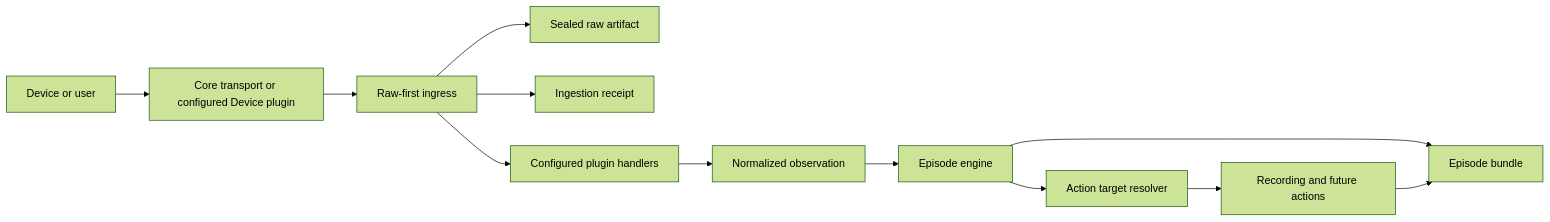
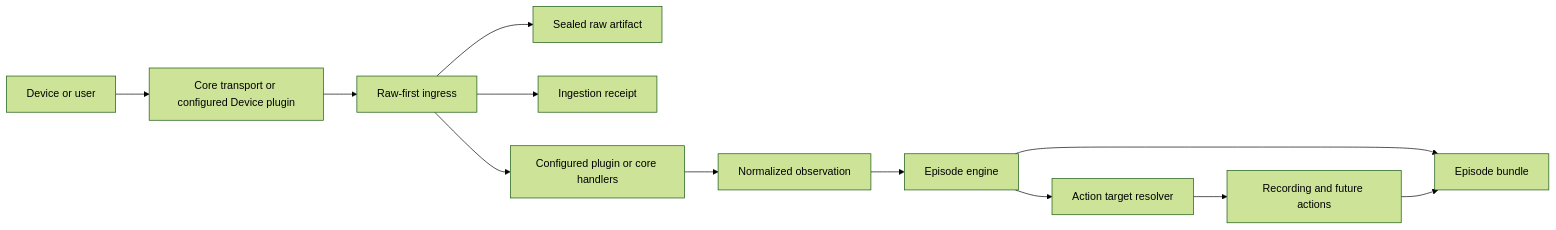
Before and after one commit to OpenEpisode/episode: the diagram in docs/ARCHITECTURE.md, drawn with Mermaid (forest theme). The commit also changed other lines of this file and 26 other files, not shown here.

````diff
--- a/docs/ARCHITECTURE.md
+++ b/docs/ARCHITECTURE.md
@@ -10,14 +10,14 @@
 ```mermaid
 flowchart LR
     Device[Device or user] --> Transport[Core transport or configured Device plugin]
     Transport --> Ingress[Raw-first ingress]
     Ingress --> Artifact[Sealed raw artifact]
     Ingress --> Receipt[Ingestion receipt]
-    Ingress --> Router[Configured plugin handlers]
+    Ingress --> Router[Configured plugin or core handlers]
     Router --> Canonical[Normalized observation]
     Canonical --> Engine[Episode engine]
     Engine --> Bundle[Episode bundle]
     Engine --> Targets[Action target resolver]
     Targets --> Action[Recording and future actions]
     Action --> Bundle
 ```
````
